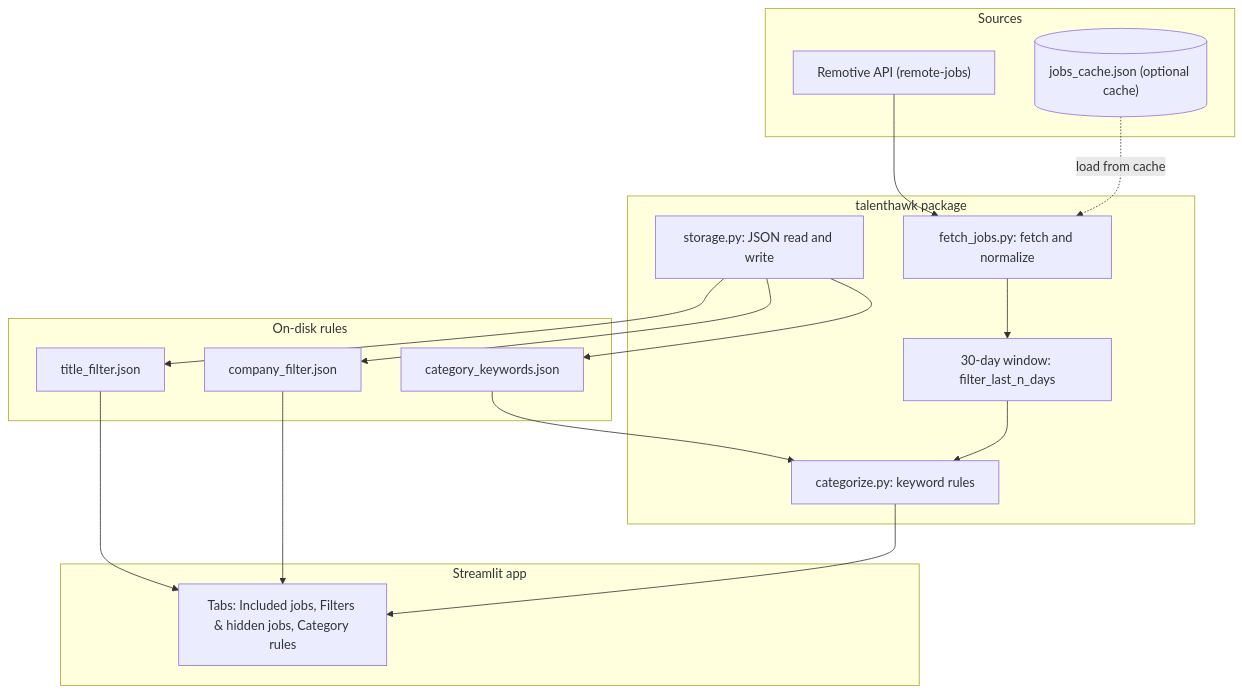
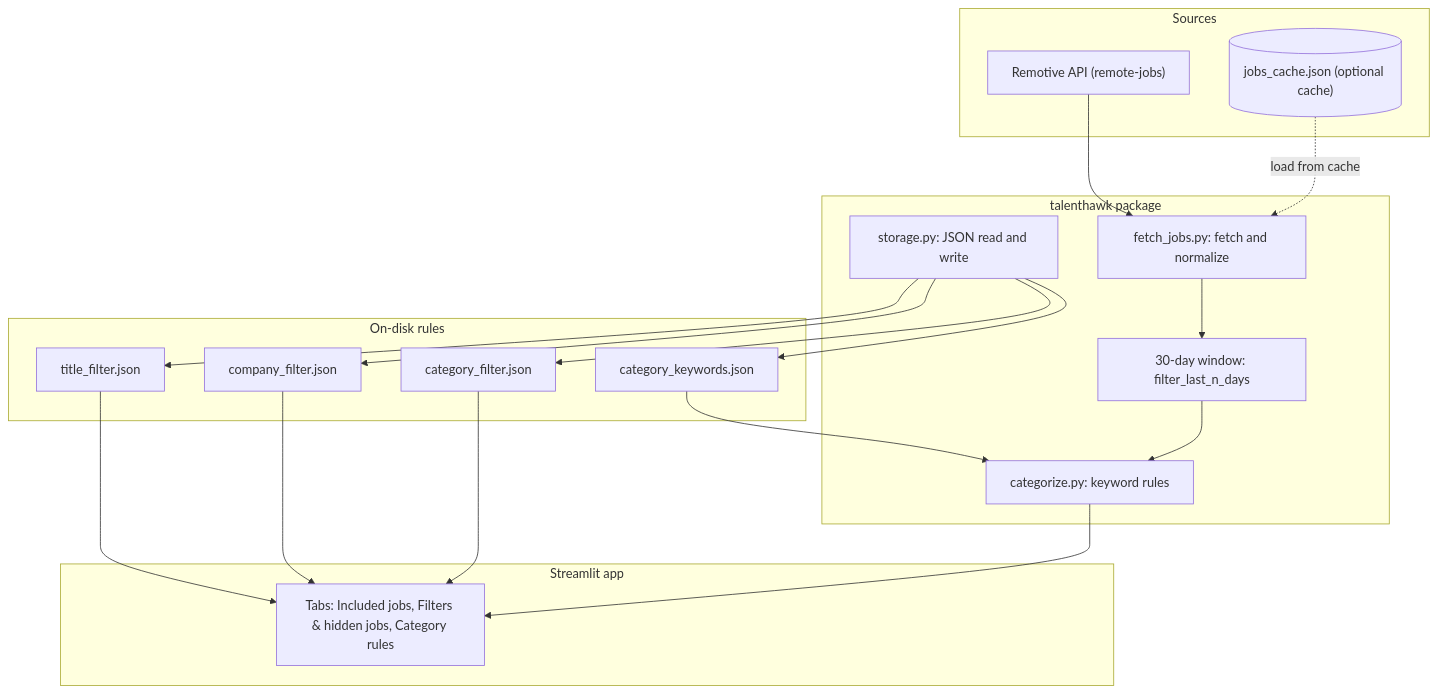
Before and after one commit to awesomesince96/talenthawk: the diagram in README.md, drawn with Mermaid. The commit also changed other lines of this file and 3 other files, not shown here.

First line of the commit message:
adding category filter

````diff
--- a/README.md
+++ b/README.md
@@ -52,36 +52,39 @@
 ```mermaid
 flowchart TB
     subgraph Sources
         API["Remotive API (remote-jobs)"]
         Disk[("jobs_cache.json (optional cache)")]
     end
 
     subgraph Core["talenthawk package"]
         F["fetch_jobs.py: fetch and normalize"]
         W["30-day window: filter_last_n_days"]
         C["categorize.py: keyword rules"]
         S["storage.py: JSON read and write"]
     end
 
     subgraph Rules["On-disk rules"]
         TF["title_filter.json"]
         CF["company_filter.json"]
+        GF["category_filter.json"]
         CK["category_keywords.json"]
     end
 
     subgraph App["Streamlit app"]
         UI["Tabs: Included jobs, Filters & hidden jobs, Category rules"]
     end
 
     API --> F
     Disk -.->|"load from cache"| F
     F --> W
     S --> TF
     S --> CF
+    S --> GF
     S --> CK
     TF --> UI
     CF --> UI
+    GF --> UI
     CK --> C
     W --> C
     C --> UI
 ```
````
